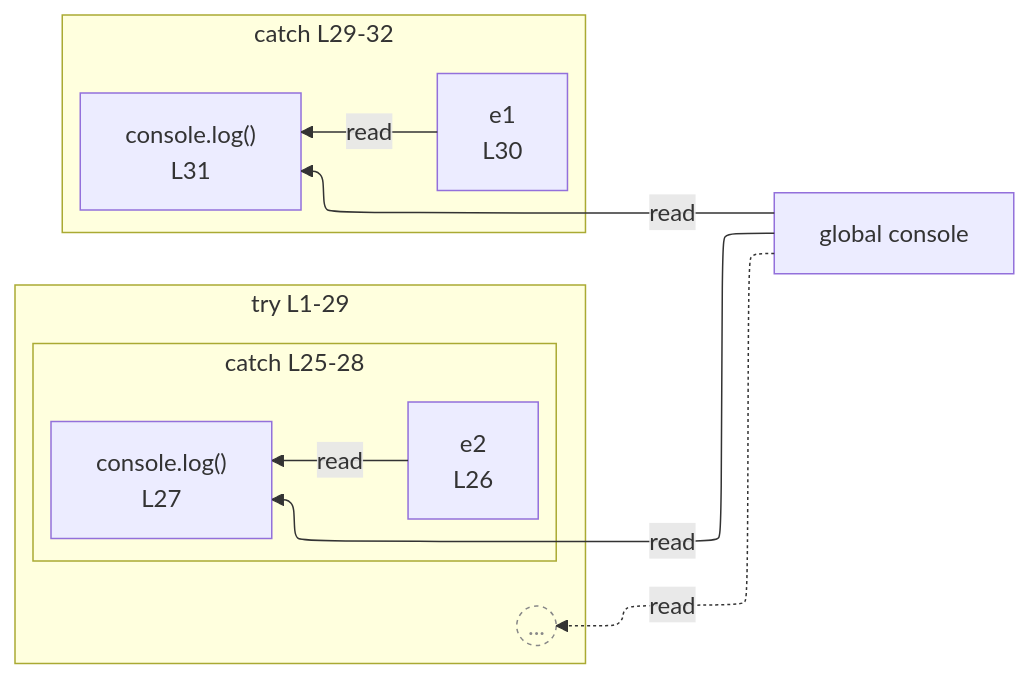
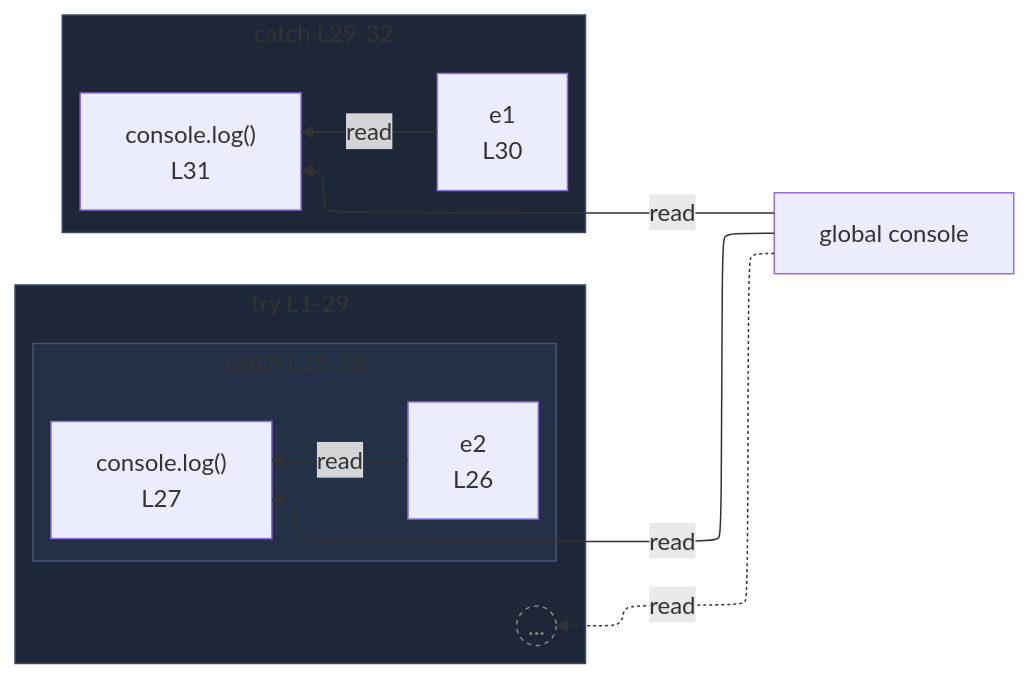
Before and after one commit to crescware/unsnarl: the diagram in integration/fixtures/app-behavior/depth/try-catch-finally/depth-1/preview.md, drawn with Mermaid. The commit also changed 249 other files, not shown here.

First line of the commit message:
Color Mermaid subgraphs by nesting depth via theme palette

````diff
--- a/integration/fixtures/app-behavior/depth/try-catch-finally/depth-1/preview.md
+++ b/integration/fixtures/app-behavior/depth/try-catch-finally/depth-1/preview.md
@@ -48,26 +48,31 @@
 ```mermaid
 %%{init: {"flowchart": {"defaultRenderer": "elk"}}}%%
 flowchart RL
   n_scope_0_console_103["global console"]
   subgraph s_scope_1["try L1-29"]
     direction RL
     beyond_depth_s_scope_1((...))
     subgraph s_scope_11["catch L25-28"]
       direction RL
       n_scope_11_e2_453["e2<br/>L26"]
       expr_stmt_468["console.log()<br/>L27"]
     end
   end
   subgraph s_scope_12["catch L29-32"]
     direction RL
     n_scope_12_e1_507["e1<br/>L30"]
     expr_stmt_520["console.log()<br/>L31"]
   end
   n_scope_0_console_103 -.->|read| beyond_depth_s_scope_1
   n_scope_0_console_103 -->|read| expr_stmt_468
   n_scope_11_e2_453 -->|read| expr_stmt_468
   n_scope_0_console_103 -->|read| expr_stmt_520
   n_scope_12_e1_507 -->|read| expr_stmt_520
   classDef boundaryStub fill:transparent,stroke:#888,stroke-dasharray:3 3,color:#888;
   class beyond_depth_s_scope_1 boundaryStub;
+  classDef nestL1 fill:#1e2738,stroke:#3d4a63;
+  class s_scope_1 nestL1;
+  class s_scope_12 nestL1;
+  classDef nestL2 fill:#233045,stroke:#475670;
+  class s_scope_11 nestL2;
 ```
````
